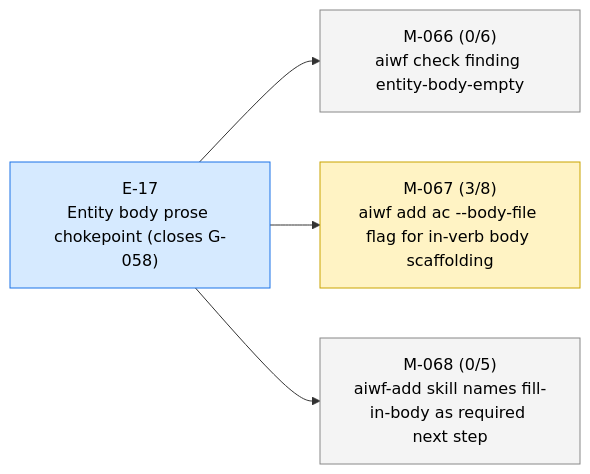
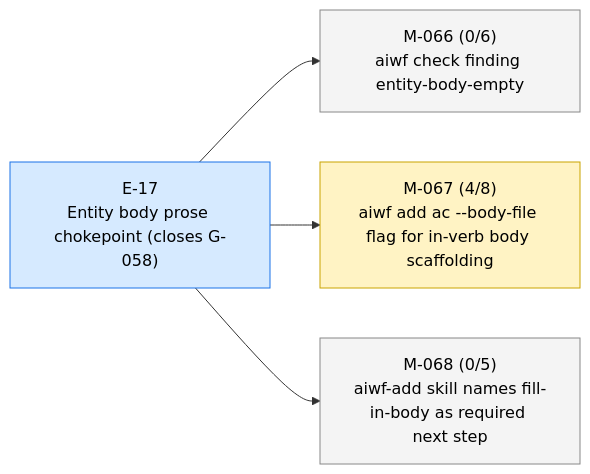
One commit to 23min/aiwf changed the first of 4 diagrams in STATUS.md. Above: the diagram before and after it, drawn with Mermaid. The commit also changed other lines of this file and 1 other file, not shown here.

First line of the commit message:
aiwf promote M-067/AC-4 open -> met

````diff
--- a/STATUS.md
+++ b/STATUS.md
@@ -13,16 +13,16 @@
 ```mermaid
 flowchart LR
   E_17["E-17<br/>Entity body prose chokepoint (closes G-058)"]:::epic_active
   M_066["M-066 (0/6)<br/>aiwf check finding entity-body-empty"]:::ms_draft
   E_17 --> M_066
-  M_067["M-067 (3/8)<br/>aiwf add ac --body-file flag for in-verb body scaffolding"]:::ms_in_progress
+  M_067["M-067 (4/8)<br/>aiwf add ac --body-file flag for in-verb body scaffolding"]:::ms_in_progress
   E_17 --> M_067
   M_068["M-068 (0/5)<br/>aiwf-add skill names fill-in-body as required next step"]:::ms_draft
   E_17 --> M_068
   classDef epic_active fill:#d6eaff,stroke:#1a73e8,color:#000
   classDef epic_proposed fill:#f4f4f4,stroke:#888,color:#000
   classDef ms_done fill:#d8f5d8,stroke:#2a8a2a,color:#000
   classDef ms_in_progress fill:#fff3c4,stroke:#caa400,color:#000
   classDef ms_draft fill:#f4f4f4,stroke:#888,color:#000
   classDef ms_cancelled fill:#fbeaea,stroke:#c33,color:#000
 ```
````
